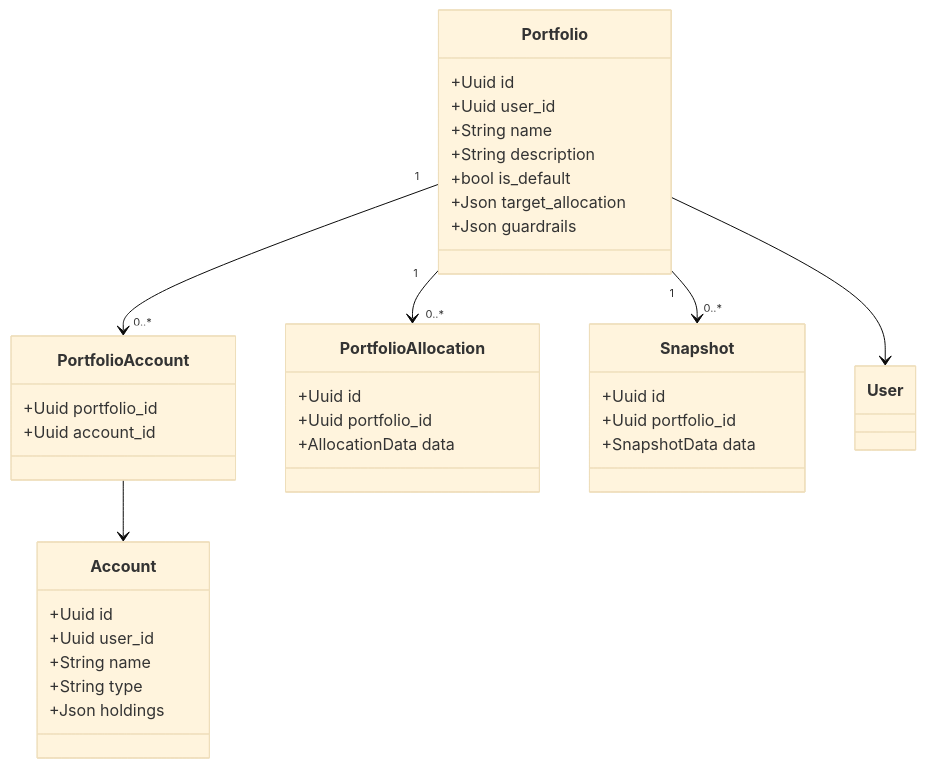
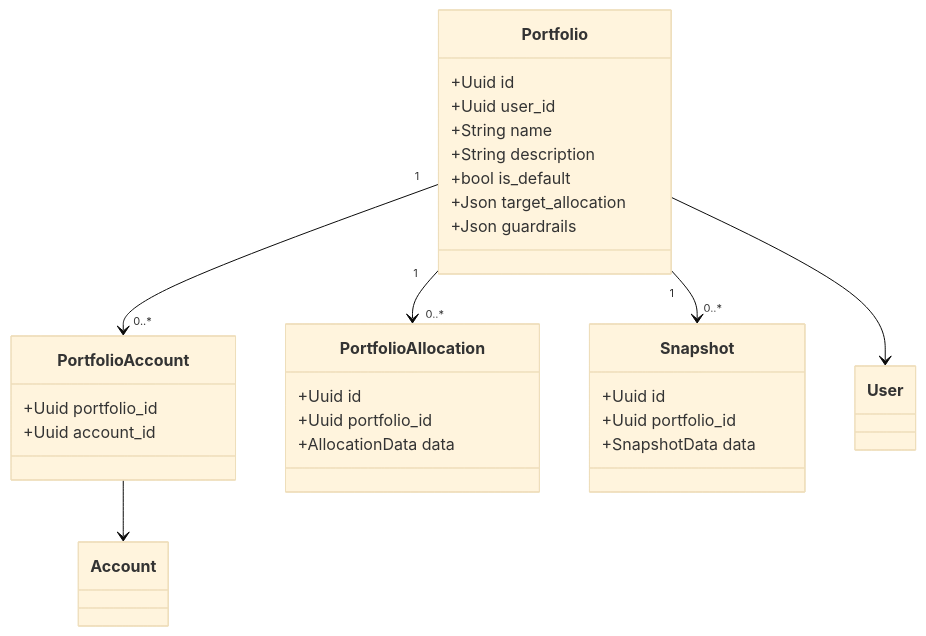
One commit to doitsu2014/crypto-pocket-butler changed the second of 10 diagrams in docs/architecture/01-architecture-design/01-domain-models.md. Above: the diagram before and after it, drawn with Mermaid (base theme). The commit also changed other lines of this file, not shown here.

First line of the commit message:
docs: separate Account Domain with DDD design

````diff
--- a/docs/architecture/01-architecture-design/01-domain-models.md
+++ b/docs/architecture/01-architecture-design/01-domain-models.md
@@ -24,43 +24,35 @@
 ```mermaid
 classDiagram
     class Portfolio {
         +Uuid id
         +Uuid user_id
         +String name
         +String description
         +bool is_default
         +Json target_allocation
         +Json guardrails
     }
     
     class PortfolioAccount {
         +Uuid portfolio_id
         +Uuid account_id
     }
     
     class PortfolioAllocation {
         +Uuid id
         +Uuid portfolio_id
         +AllocationData data
     }
     
     class Snapshot {
         +Uuid id
         +Uuid portfolio_id
         +SnapshotData data
     }
     
-    class Account {
-        +Uuid id
-        +Uuid user_id
-        +String name
-        +String type
-        +Json holdings
-    }
-    
     Portfolio "1" --> "0..*" PortfolioAccount
     Portfolio "1" --> "0..*" PortfolioAllocation
     Portfolio "1" --> "0..*" Snapshot
     PortfolioAccount --> Account
     Portfolio --> User
 ```
````
